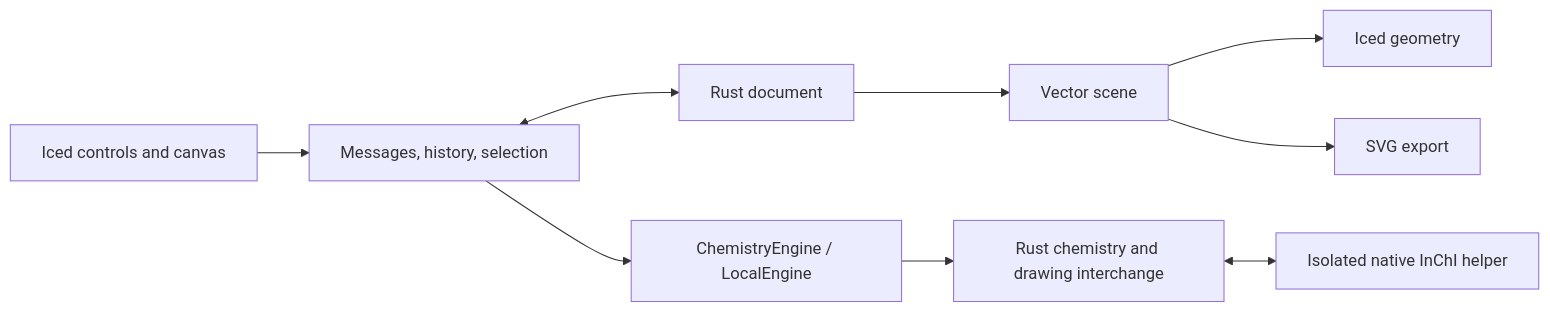
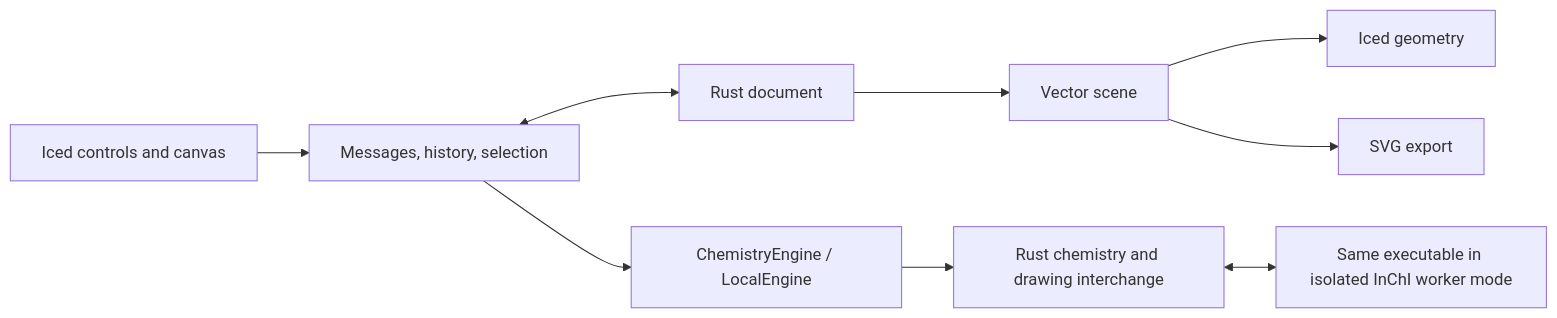
Before and after one commit to Ameyanagi/ReShiki: the diagram in docs/architecture.md, drawn with Mermaid. The commit also changed other lines of this file and 63 other files, not shown here.

````diff
--- a/docs/architecture.md
+++ b/docs/architecture.md
@@ -5,11 +5,11 @@
 ```mermaid
 flowchart LR
     UI[Iced controls and canvas] --> App[Messages, history, selection]
     App <--> Doc[Rust document]
     Doc --> Scene[Vector scene]
     Scene --> Canvas[Iced geometry]
     Scene --> SVG[SVG export]
     App --> Local[ChemistryEngine / LocalEngine]
     Local --> Rust[Rust chemistry and drawing interchange]
-    Rust <--> InChI[Isolated native InChI helper]
+    Rust <--> InChI[Same executable in isolated InChI worker mode]
 ```
````
